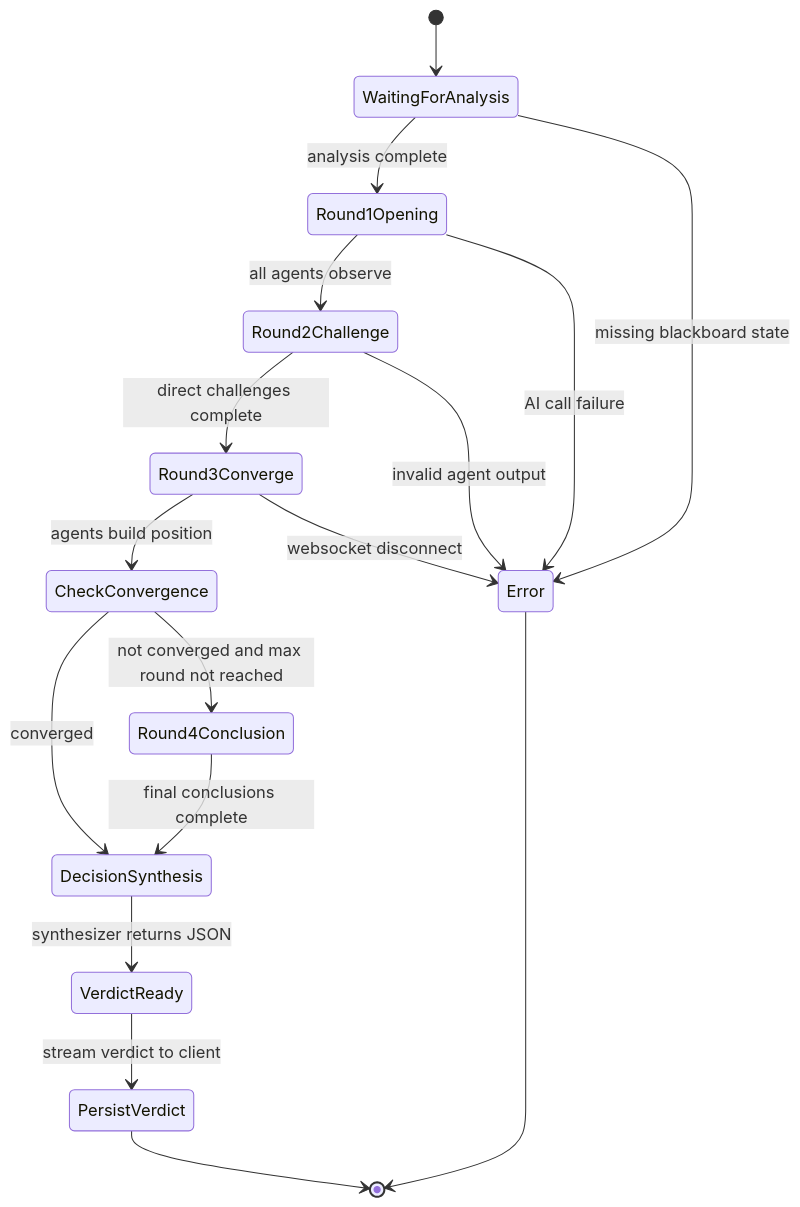
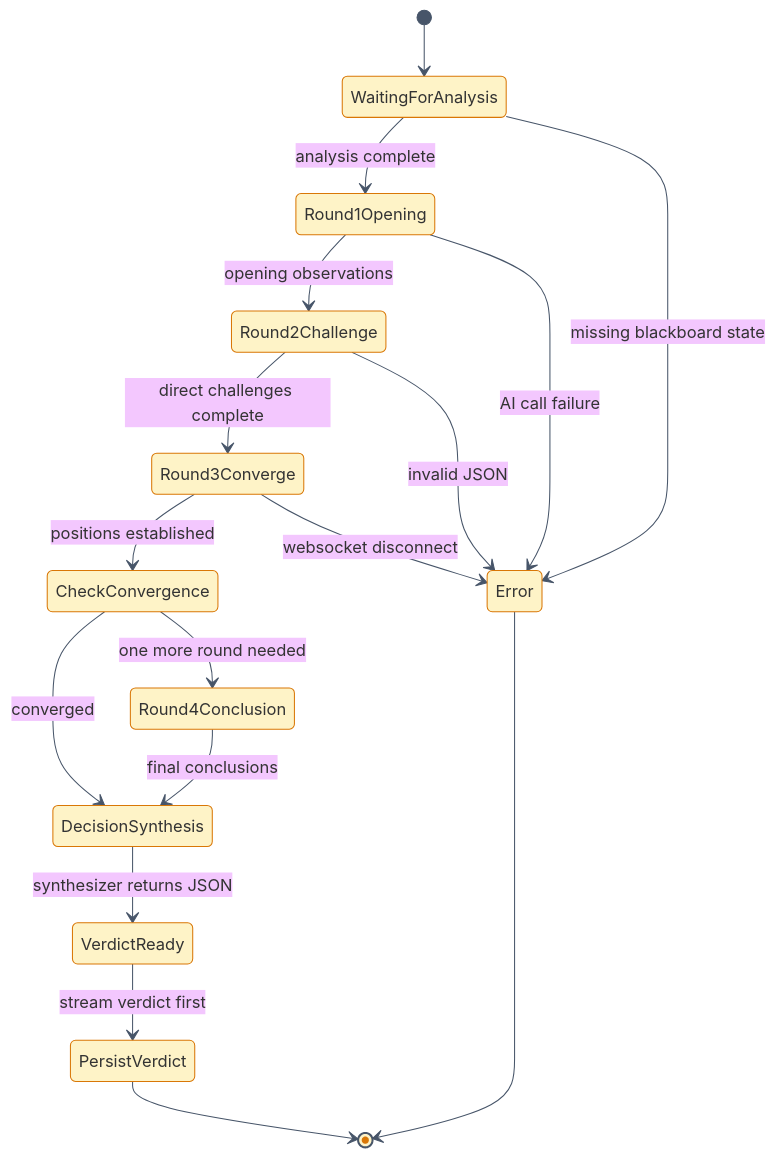
Before and after one commit to HeetRanpura/NIV-AI: the ninth of 15 diagrams in README.md, drawn with Mermaid. The commit also changed other lines of this file, not shown here.

Commit message:
Refine README diagrams and cost model

````diff
--- a/README.md
+++ b/README.md
@@ -552,20 +758,21 @@
 ```mermaid
+%%{init: {"theme":"base","themeVariables":{"primaryColor":"#fef3c7","primaryBorderColor":"#d97706","lineColor":"#475569","fontFamily":"Inter, Arial"}}}%%
 stateDiagram-v2
     [*] --> WaitingForAnalysis
     WaitingForAnalysis --> Round1Opening: analysis complete
-    Round1Opening --> Round2Challenge: all agents observe
+    Round1Opening --> Round2Challenge: opening observations
     Round2Challenge --> Round3Converge: direct challenges complete
-    Round3Converge --> CheckConvergence: agents build position
+    Round3Converge --> CheckConvergence: positions established
     CheckConvergence --> DecisionSynthesis: converged
-    CheckConvergence --> Round4Conclusion: not converged and max round not reached
-    Round4Conclusion --> DecisionSynthesis: final conclusions complete
+    CheckConvergence --> Round4Conclusion: one more round needed
+    Round4Conclusion --> DecisionSynthesis: final conclusions
     DecisionSynthesis --> VerdictReady: synthesizer returns JSON
-    VerdictReady --> PersistVerdict: stream verdict to client
+    VerdictReady --> PersistVerdict: stream verdict first
     PersistVerdict --> [*]
 
     WaitingForAnalysis --> Error: missing blackboard state
     Round1Opening --> Error: AI call failure
-    Round2Challenge --> Error: invalid agent output
+    Round2Challenge --> Error: invalid JSON
     Round3Converge --> Error: websocket disconnect
     Error --> [*]
 ```
````
